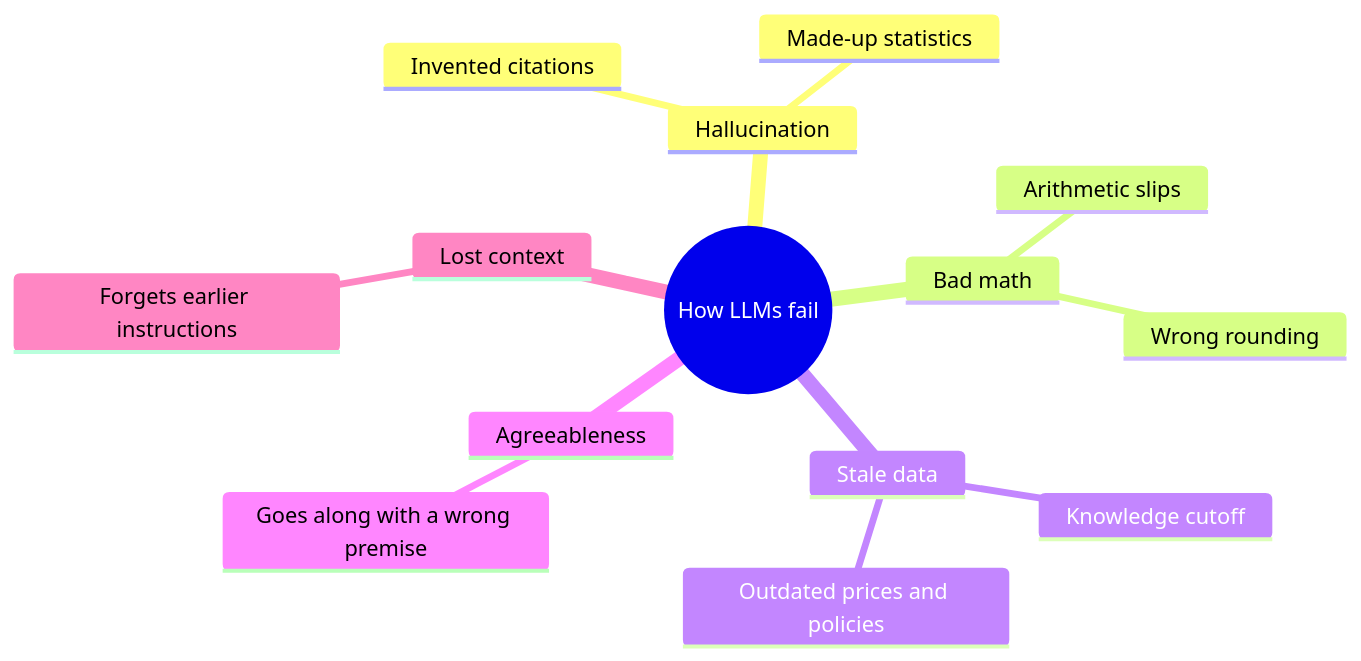
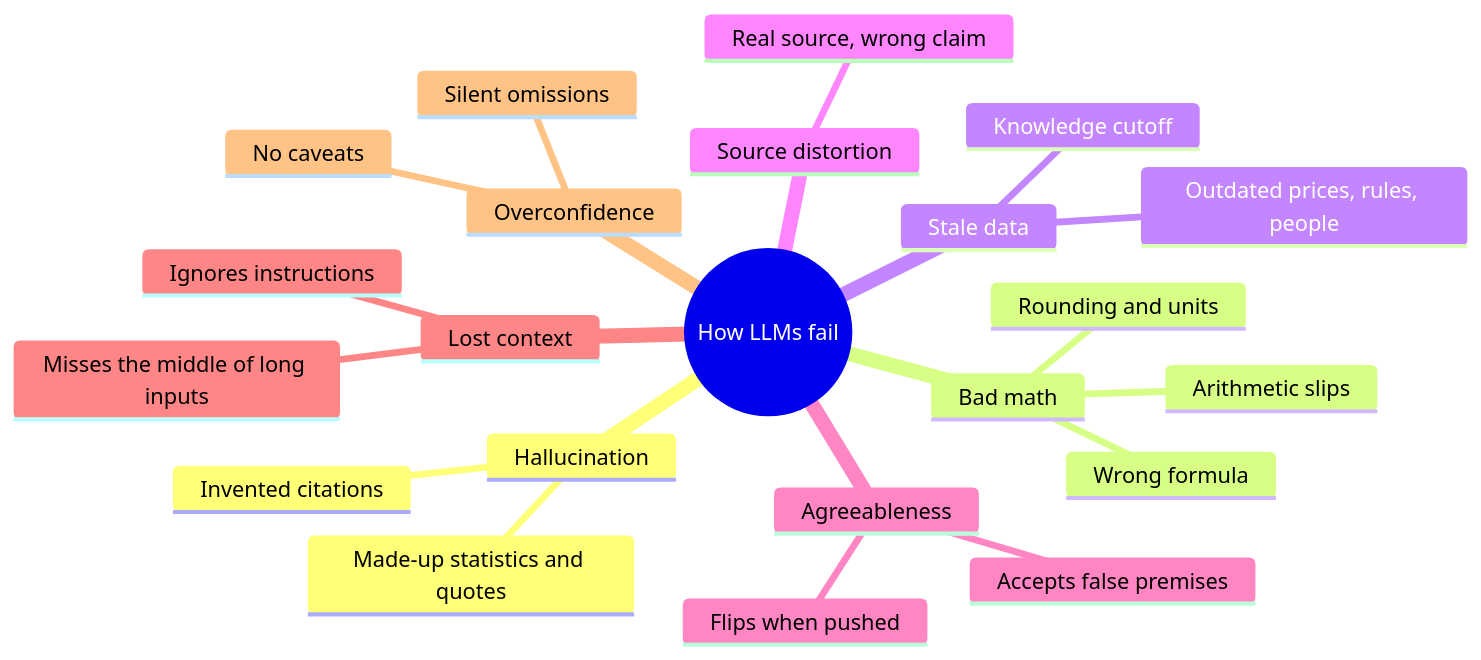
Before and after one commit to clarkngo/applied-ai-field-guide: the second of 5 diagrams in docs/foundations/how-llms-fail.md, drawn with Mermaid. The commit also changed other lines of this file, not shown here.

````diff
--- a/docs/foundations/how-llms-fail.md
+++ b/docs/foundations/how-llms-fail.md
@@ -34,17 +60,25 @@
 ```mermaid
 mindmap
   root((How LLMs fail))
     Hallucination
       Invented citations
-      Made-up statistics
+      Made-up statistics and quotes
     Bad math
       Arithmetic slips
-      Wrong rounding
+      Wrong formula
+      Rounding and units
     Stale data
       Knowledge cutoff
-      Outdated prices and policies
+      Outdated prices, rules, people
+    Source distortion
+      Real source, wrong claim
     Agreeableness
-      Goes along with a wrong premise
+      Accepts false premises
+      Flips when pushed
     Lost context
-      Forgets earlier instructions
+      Ignores instructions
+      Misses the middle of long inputs
+    Overconfidence
+      No caveats
+      Silent omissions
 ```
````
